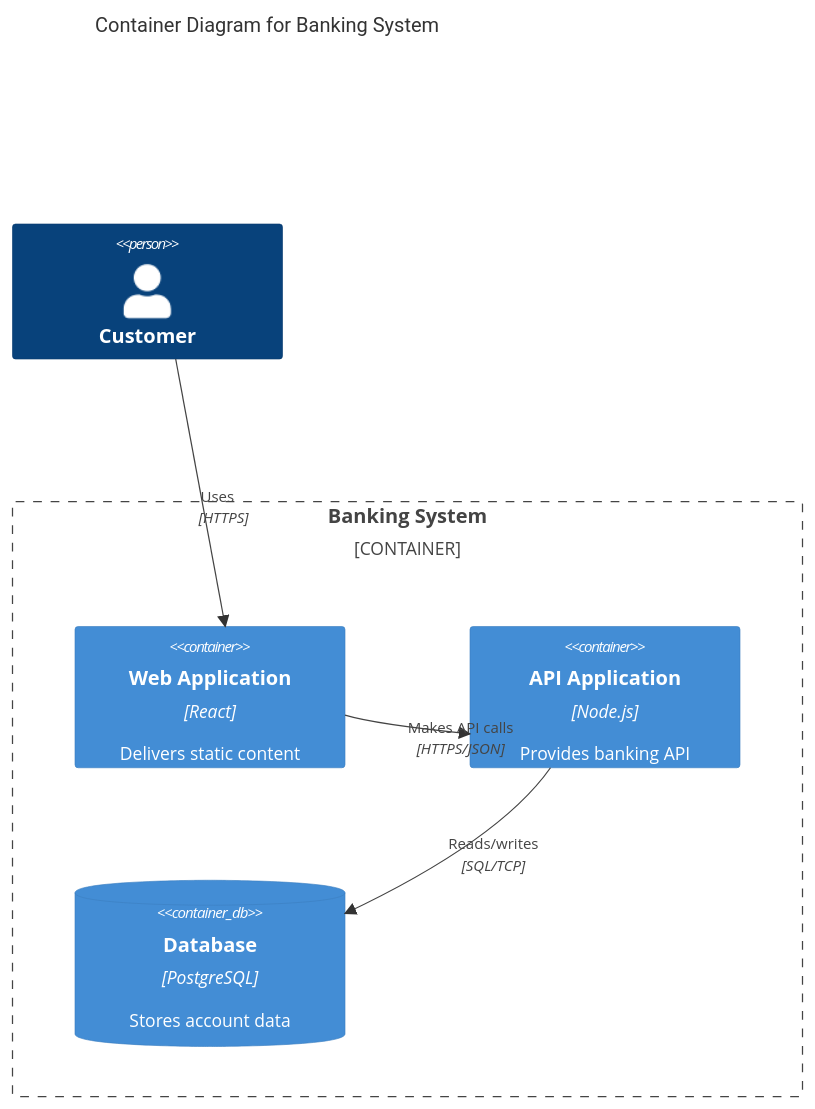
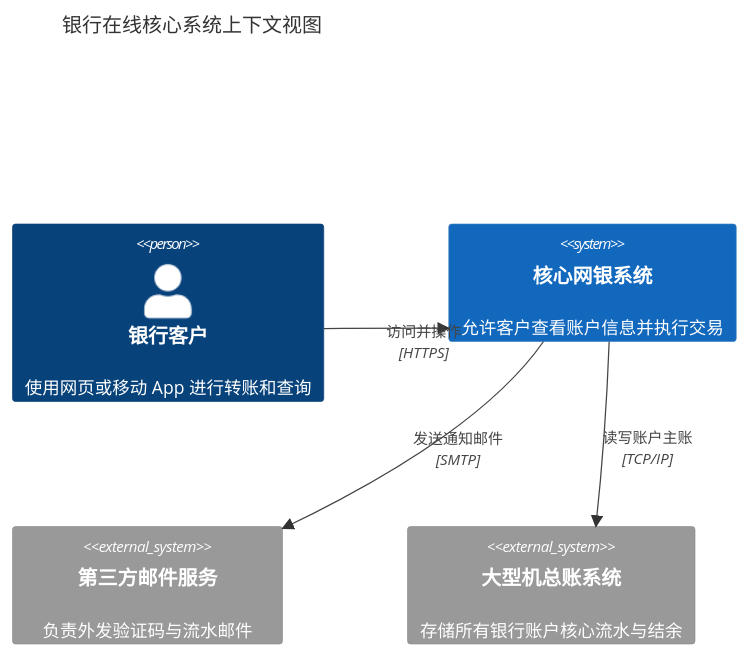
One commit to betterlmy/agent-skills changed the first of 3 diagrams in skills/mermaid-diagrams/references/c4-diagrams.md. Above: the diagram before and after it, drawn with Mermaid. The commit also changed other lines of this file and 46 other files, not shown here.

````diff
--- a/skills/mermaid-diagrams/references/c4-diagrams.md
+++ b/skills/mermaid-diagrams/references/c4-diagrams.md
@@ -96,16 +9,13 @@
 ```mermaid
-C4Container
-    title Container Diagram for Banking System
-    
-    Person(customer, "Customer")
-    
-    Container_Boundary(banking, "Banking System") {
-        Container(web, "Web Application", "React", "Delivers static content")
-        Container(api, "API Application", "Node.js", "Provides banking API")
-        ContainerDb(db, "Database", "PostgreSQL", "Stores account data")
-    }
-    
-    Rel(customer, web, "Uses", "HTTPS")
-    Rel(web, api, "Makes API calls", "HTTPS/JSON")
-    Rel(api, db, "Reads/writes", "SQL/TCP")
+C4Context
+    title 银行在线核心系统上下文视图
+
+    Person(customer, "银行客户", "使用网页或移动 App 进行转账和查询")
+    System(banking_system, "核心网银系统", "允许客户查看账户信息并执行交易")
+    System_Ext(mail_system, "第三方邮件服务", "负责外发验证码与流水邮件")
+    System_Ext(mainframe, "大型机总账系统", "存储所有银行账户核心流水与结余")
+
+    Rel(customer, banking_system, "访问并操作", "HTTPS")
+    Rel(banking_system, mail_system, "发送通知邮件", "SMTP")
+    Rel(banking_system, mainframe, "读写账户主账", "TCP/IP")
 ```
````
